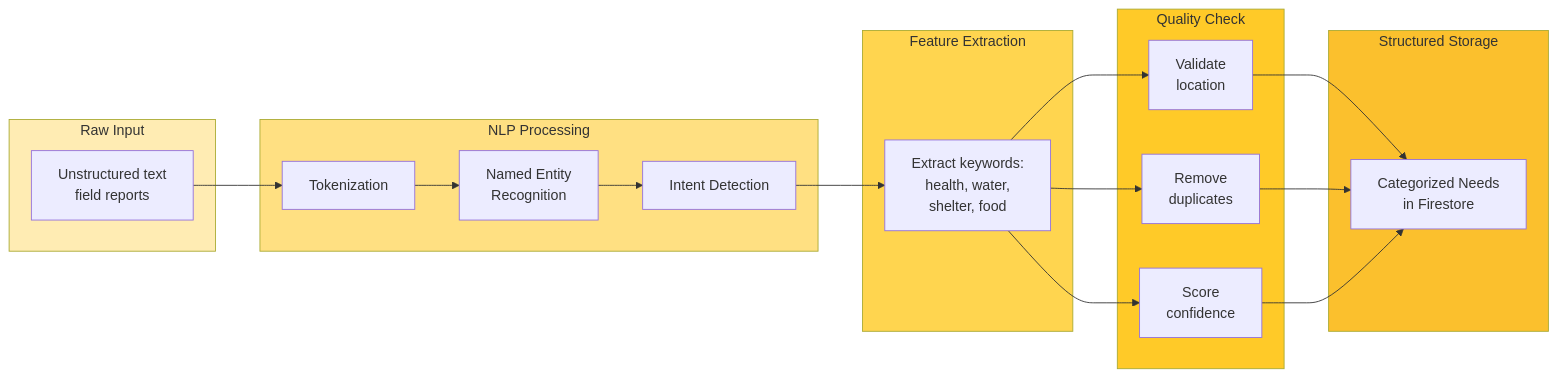
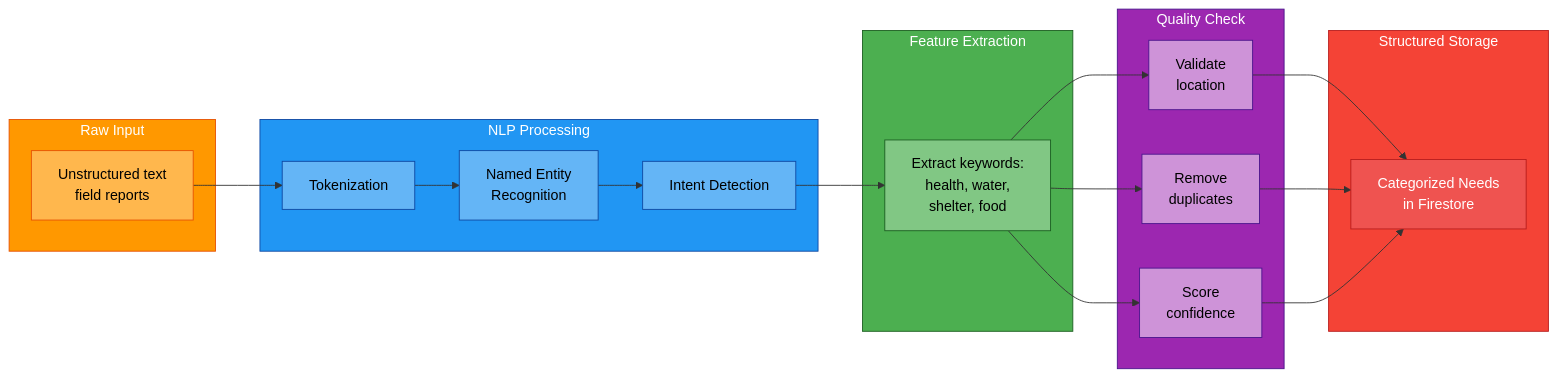
The second of 5 diagrams in README.md (akshajtiwari/googl), drawn with Mermaid before and after one commit. The commit also changed other lines of this file, not shown here.

````diff
--- a/README.md
+++ b/README.md
@@ -116,38 +135,48 @@
 ```mermaid
 flowchart LR
     subgraph raw["Raw Input"]
         A["Unstructured text<br/>field reports"]
     end
     
     subgraph nlp["NLP Processing"]
         B["Tokenization"]
         C["Named Entity<br/>Recognition"]
         D["Intent Detection"]
     end
     
     subgraph extraction["Feature Extraction"]
         E["Extract keywords:<br/>health, water,<br/>shelter, food"]
     end
     
     subgraph validation["Quality Check"]
         F["Validate<br/>location"]
         G["Remove<br/>duplicates"]
         H["Score<br/>confidence"]
     end
     
     subgraph storage["Structured Storage"]
         I["Categorized Needs<br/>in Firestore"]
     end
     
     A --> B --> C --> D
     D --> E
     E --> F --> I
     E --> G --> I
     E --> H --> I
     
-    style raw fill:#ffecb3
-    style nlp fill:#ffe082
-    style extraction fill:#ffd54f
-    style validation fill:#ffca28
-    style storage fill:#fbc02d
+    style raw fill:#ff9800,stroke:#e65100,color:#fff
+    style nlp fill:#2196f3,stroke:#0d47a1,color:#fff
+    style extraction fill:#4caf50,stroke:#1b5e20,color:#fff
+    style validation fill:#9c27b0,stroke:#4a148c,color:#fff
+    style storage fill:#f44336,stroke:#b71c1c,color:#fff
+    
+    style A fill:#ffb74d,stroke:#e65100,color:#000
+    style B fill:#64b5f6,stroke:#0d47a1,color:#000
+    style C fill:#64b5f6,stroke:#0d47a1,color:#000
+    style D fill:#64b5f6,stroke:#0d47a1,color:#000
+    style E fill:#81c784,stroke:#1b5e20,color:#000
+    style F fill:#ce93d8,stroke:#4a148c,color:#000
+    style G fill:#ce93d8,stroke:#4a148c,color:#000
+    style H fill:#ce93d8,stroke:#4a148c,color:#000
+    style I fill:#ef5350,stroke:#b71c1c,color:#fff
 ```
````
